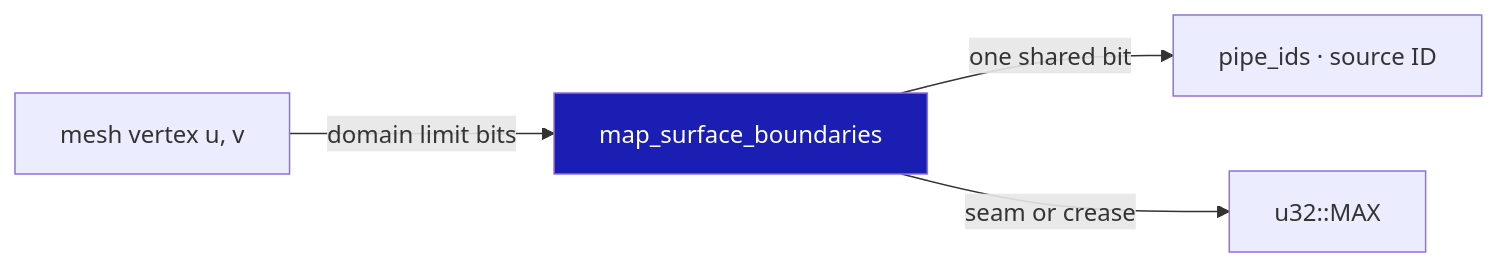
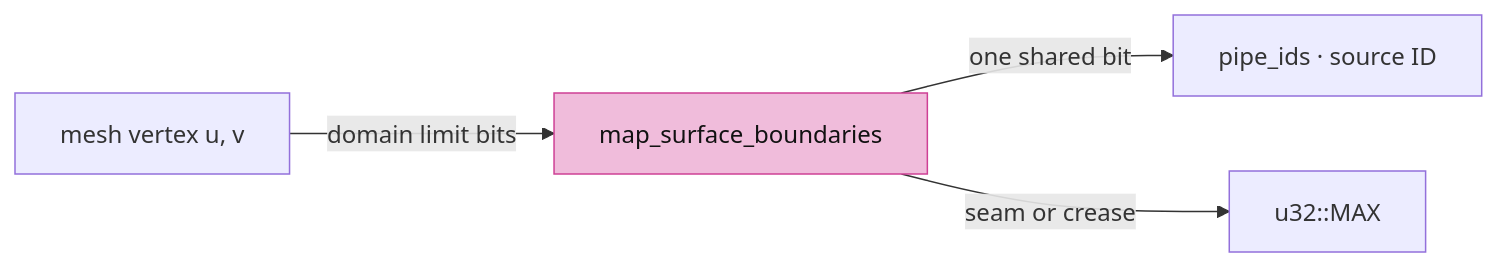
Before and after one commit to petrasvestartas/session: the third of 5 diagrams in session_viewer/docs/08-trimming.md, drawn with Mermaid. The commit also changed other lines of this file and 23 other files, not shown here.

Commit message:
Course: Mermaid nodes white with black text, highlighted nodes pink, white arrows and edge labels on the black ground

````diff
--- a/session_viewer/docs/08-trimming.md
+++ b/session_viewer/docs/08-trimming.md
@@ -43,7 +43,7 @@
 ```mermaid
 flowchart LR
     A["mesh vertex u, v"] -- "domain limit bits" --> B["map_surface_boundaries"]
     B -- "one shared bit" --> C["pipe_ids · source ID"]
     B -- "seam or crease" --> D["u32::MAX"]
-    style B fill:#1a1eb2,color:#fff
+    style B fill:#f0bcdb,stroke:#ce4095,color:#111
 ```
````
